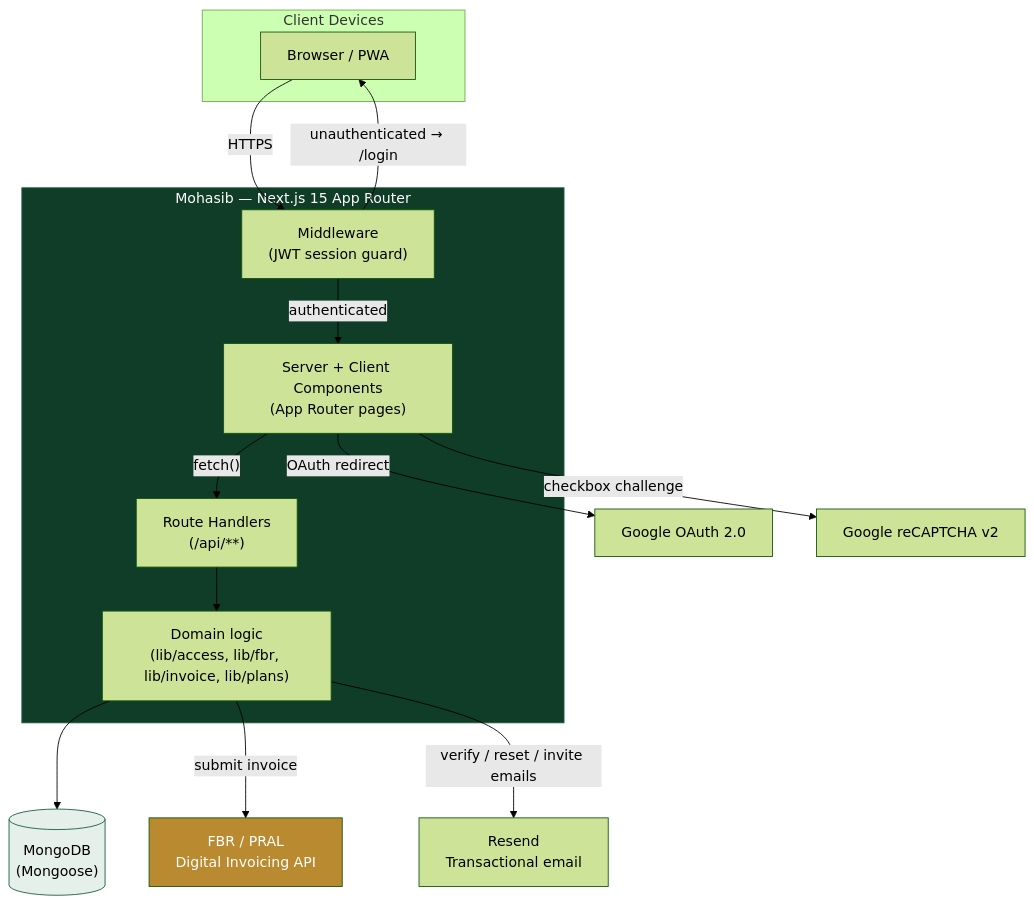
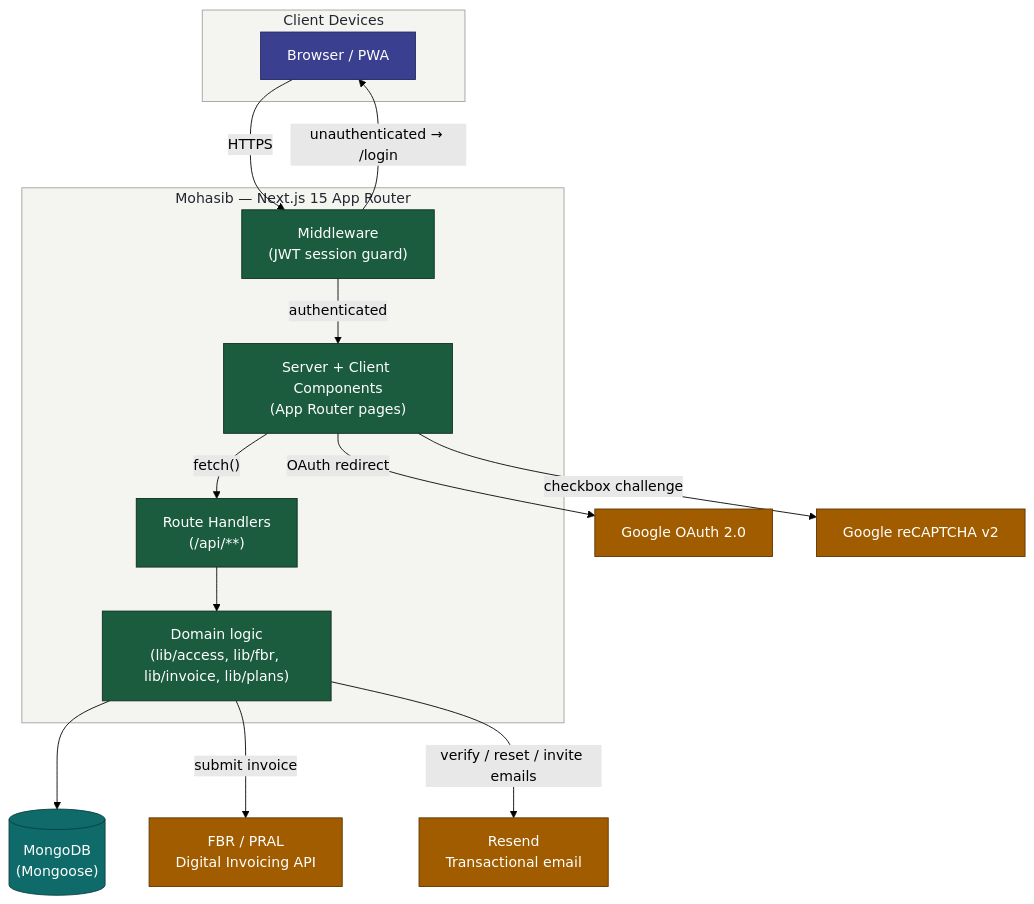
Before and after one commit to Asim12312/Muhasib: the first of 5 diagrams in README.md, drawn with Mermaid (forest theme). The commit also changed other lines of this file, not shown here.

Commit message:
correct color merging in README.md file

````diff
--- a/README.md
+++ b/README.md
@@ -41,34 +41,43 @@
 ```mermaid
 flowchart TB
     subgraph Client["Client Devices"]
         Browser["Browser / PWA"]
     end
 
     subgraph App["Mohasib — Next.js 15 App Router"]
         MW["Middleware<br/>(JWT session guard)"]
         Pages["Server + Client Components<br/>(App Router pages)"]
         API["Route Handlers<br/>(/api/**)"]
         Lib["Domain logic<br/>(lib/access, lib/fbr, lib/invoice, lib/plans)"]
     end
 
     DB[("MongoDB<br/>(Mongoose)")]
     FBR["FBR / PRAL<br/>Digital Invoicing API"]
     Resend["Resend<br/>Transactional email"]
     Google["Google OAuth 2.0"]
     ReCaptcha["Google reCAPTCHA v2"]
 
     Browser -- "HTTPS" --> MW
     MW -- "authenticated" --> Pages
     MW -- "unauthenticated → /login" --> Browser
     Pages -- "fetch()" --> API
     API --> Lib
     Lib --> DB
     Lib -- "submit invoice" --> FBR
     Lib -- "verify / reset / invite emails" --> Resend
     Pages -- "OAuth redirect" --> Google
     Pages -- "checkbox challenge" --> ReCaptcha
 
-    style App fill:#103d28,color:#fff,stroke:#1a5c3d
-    style DB fill:#e6f0ea,stroke:#1a5c3d
-    style FBR fill:#b98a2f,color:#fff
+    classDef client fill:#3b3f8f,stroke:#22265c,color:#ffffff
+    classDef appNode fill:#1a5c3d,stroke:#0d2e1c,color:#ffffff
+    classDef data fill:#0f6a6a,stroke:#083f3f,color:#ffffff
+    classDef external fill:#a15c00,stroke:#5c3400,color:#ffffff
+
+    class Browser client
+    class MW,Pages,API,Lib appNode
+    class DB data
+    class FBR,Resend,Google,ReCaptcha external
+
+    style Client fill:#f4f5f1,stroke:#9aa39c,color:#22262e
+    style App fill:#f4f5f1,stroke:#9aa39c,color:#22262e
 ```
````
